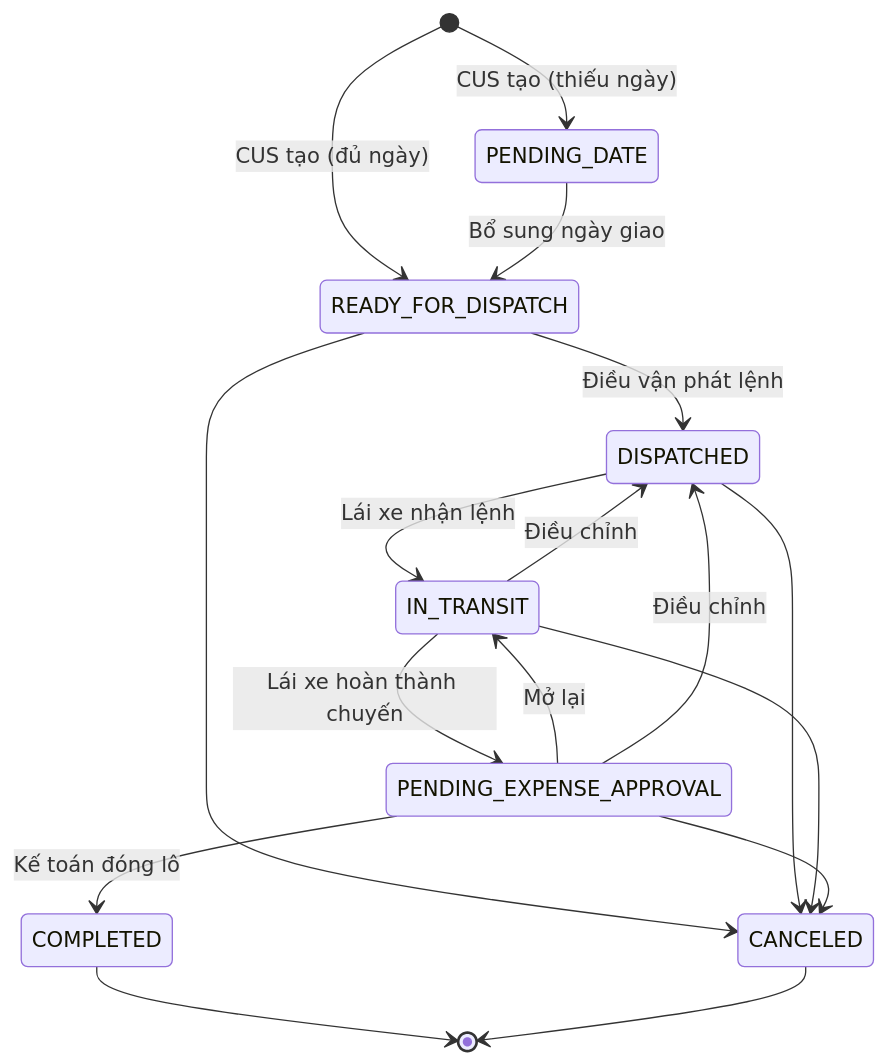
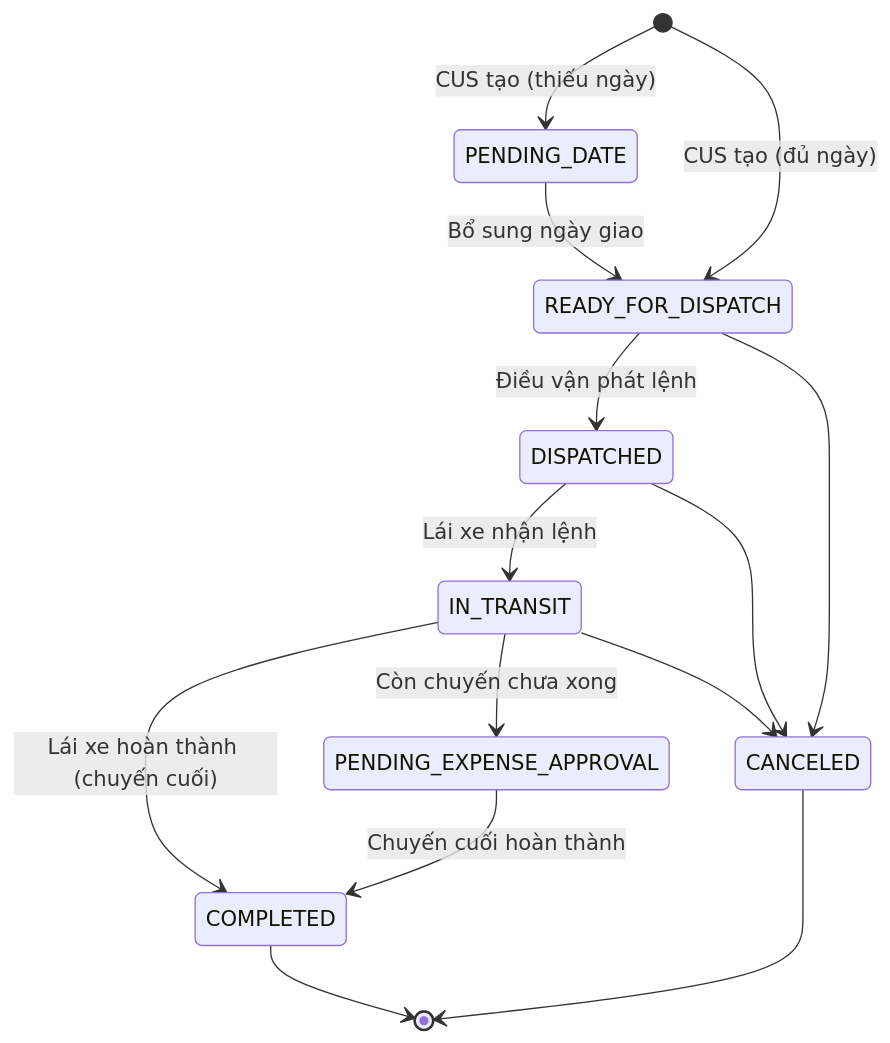
Before and after one commit to 4rankng/silversea: the second of 7 diagrams in docs/prd/quy-trinh-cus-dieuvan-laixe.md, drawn with Mermaid. The commit also changed other lines of this file, not shown here.

Commit message:
docs(prd): O2C — lái xe tự đóng chuyến, sơ đồ tương tác tổng quan, thuần tiếng Việt

````diff
--- a/docs/prd/quy-trinh-cus-dieuvan-laixe.md
+++ b/docs/prd/quy-trinh-cus-dieuvan-laixe.md
@@ -47,23 +57,19 @@
 ```mermaid
 stateDiagram-v2
     [*] --> PENDING_DATE : CUS tạo (thiếu ngày)
     [*] --> READY_FOR_DISPATCH : CUS tạo (đủ ngày)
 
     PENDING_DATE --> READY_FOR_DISPATCH : Bổ sung ngày giao
     READY_FOR_DISPATCH --> DISPATCHED : Điều vận phát lệnh
     DISPATCHED --> IN_TRANSIT : Lái xe nhận lệnh
-    IN_TRANSIT --> PENDING_EXPENSE_APPROVAL : Lái xe hoàn thành chuyến
-    PENDING_EXPENSE_APPROVAL --> COMPLETED : Kế toán đóng lô
-
-    IN_TRANSIT --> DISPATCHED : Điều chỉnh
-    PENDING_EXPENSE_APPROVAL --> IN_TRANSIT : Mở lại
-    PENDING_EXPENSE_APPROVAL --> DISPATCHED : Điều chỉnh
+    IN_TRANSIT --> COMPLETED : Lái xe hoàn thành (chuyến cuối)
+    IN_TRANSIT --> PENDING_EXPENSE_APPROVAL : Còn chuyến chưa xong
+    PENDING_EXPENSE_APPROVAL --> COMPLETED : Chuyến cuối hoàn thành
 
     READY_FOR_DISPATCH --> CANCELED
     DISPATCHED --> CANCELED
     IN_TRANSIT --> CANCELED
-    PENDING_EXPENSE_APPROVAL --> CANCELED
 
     COMPLETED --> [*]
     CANCELED --> [*]
 ```
````
